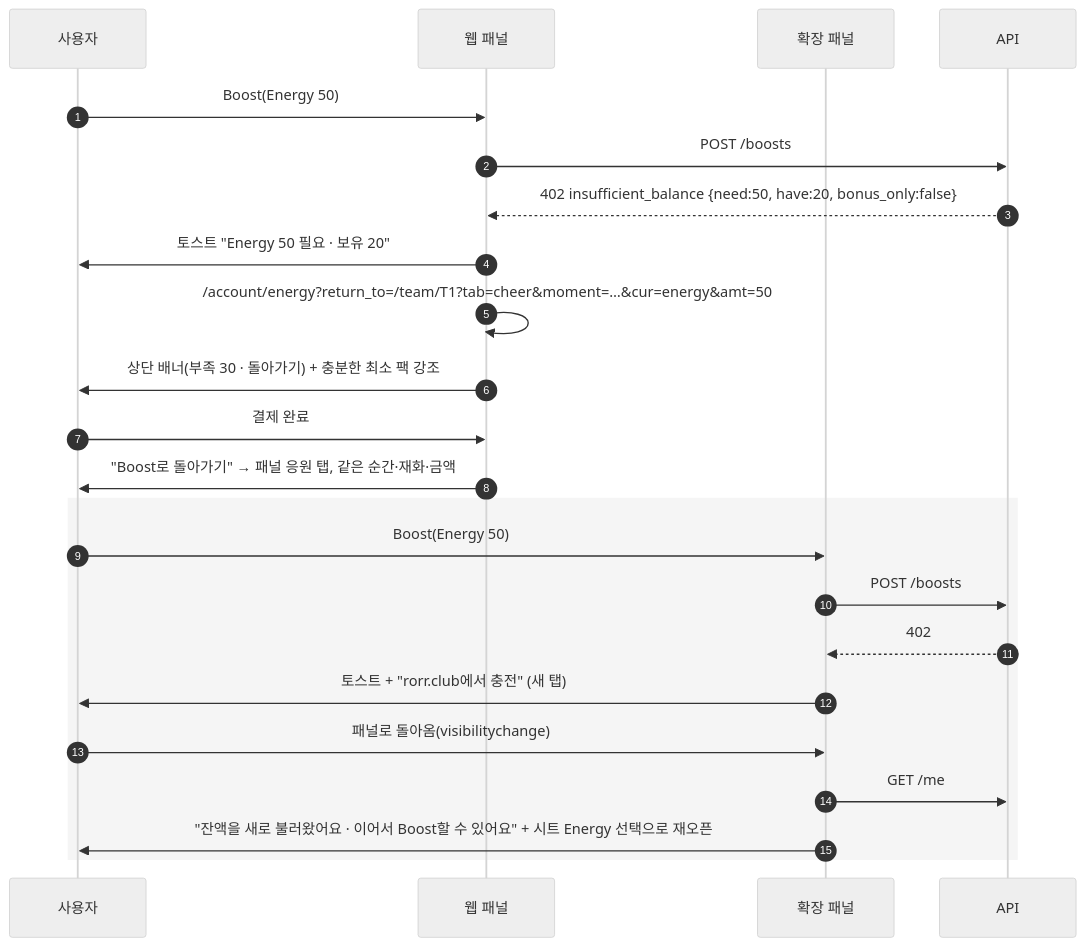
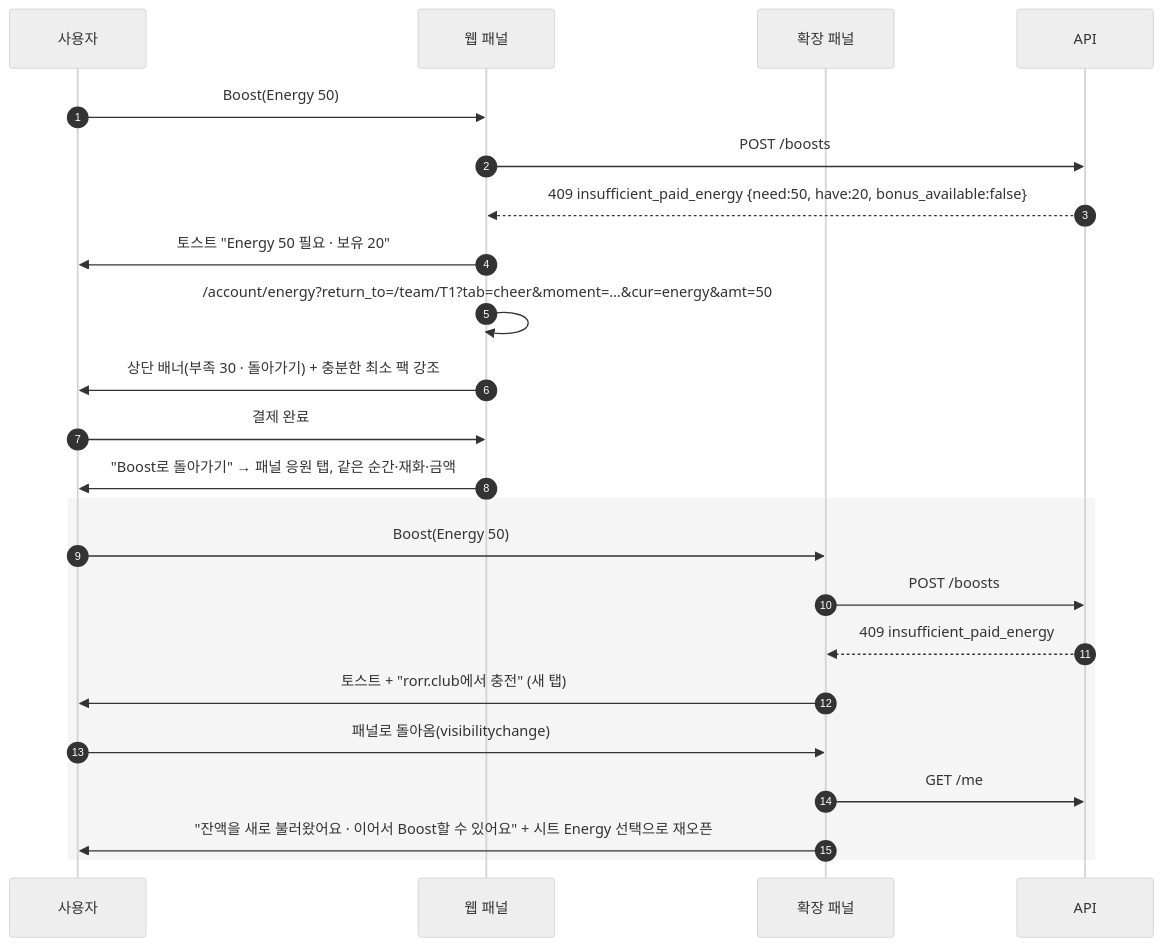
One commit to yhc-pie/rorr-hero changed the sixth of 16 diagrams in handoff/11-flowcharts.md. Above: the diagram before and after it, drawn with Mermaid (neutral theme). The commit also changed other lines of this file and 25 other files, not shown here.

First line of the commit message:
Streak bonus starts at the 2nd match (BE-1); merge web+extension engineering design into one shared API/DB baseline (54 ops, 59 tables, 41 reference tests); refund spec aligned to policy v1.3; single decision list

````diff
--- a/handoff/11-flowcharts.md
+++ b/handoff/11-flowcharts.md
@@ -173,25 +173,25 @@
 ```mermaid
 sequenceDiagram
   autonumber
   participant U as 사용자
   participant W as 웹 패널
   participant X as 확장 패널
   participant API as API
   U->>W: Boost(Energy 50)
   W->>API: POST /boosts
-  API-->>W: 402 insufficient_balance {need:50, have:20, bonus_only:false}
+  API-->>W: 409 insufficient_paid_energy {need:50, have:20, bonus_available:false}
   W->>U: 토스트 "Energy 50 필요 · 보유 20"
   W->>W: /account/energy?return_to=/team/T1?tab=cheer&moment=…&cur=energy&amt=50
   W->>U: 상단 배너(부족 30 · 돌아가기) + 충분한 최소 팩 강조
   U->>W: 결제 완료
   W->>U: "Boost로 돌아가기" → 패널 응원 탭, 같은 순간·재화·금액
   rect rgba(127,127,127,0.08)
   U->>X: Boost(Energy 50)
   X->>API: POST /boosts
-  API-->>X: 402
+  API-->>X: 409 insufficient_paid_energy
   X->>U: 토스트 + "rorr.club에서 충전" (새 탭)
   U->>X: 패널로 돌아옴(visibilitychange)
   X->>API: GET /me
   X->>U: "잔액을 새로 불러왔어요 · 이어서 Boost할 수 있어요" + 시트 Energy 선택으로 재오픈
   end
 ```
````
